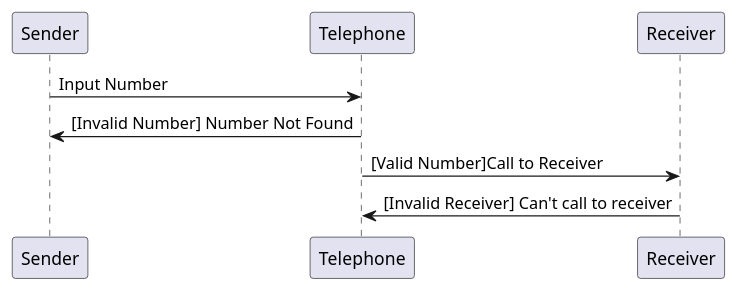
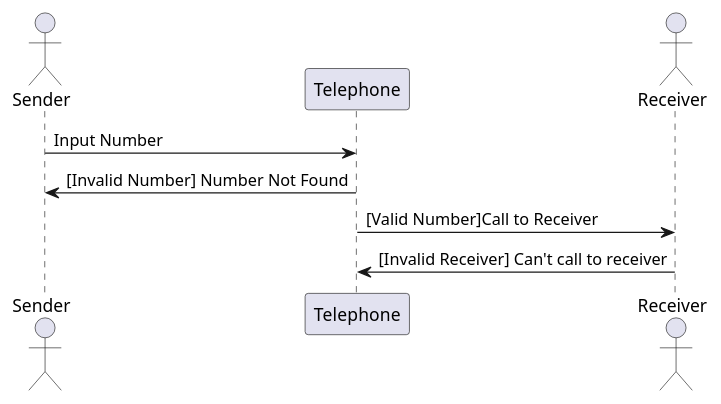
One commit to 03376808-OOAD/OOAD-WEEK10 changed the diagram in Lab submits/60030098/telephone.puml. Above: the diagram before and after it, drawn with PlantUML. The commit also changed 1 other file, not shown here.

```diff
--- a/Lab submits/60030098/telephone.puml
+++ b/Lab submits/60030098/telephone.puml
@@ -1,7 +1,11 @@
 @startuml
+actor Sender
+participant Telephone
+actor Receiver
+
 Sender -> Telephone : Input Number
 Telephone -> Sender : [Invalid Number] Number Not Found
 Telephone -> Receiver : [Valid Number]Call to Receiver
 Receiver -> Telephone : [Invalid Receiver] Can't call to receiver
 
 @enduml
```
